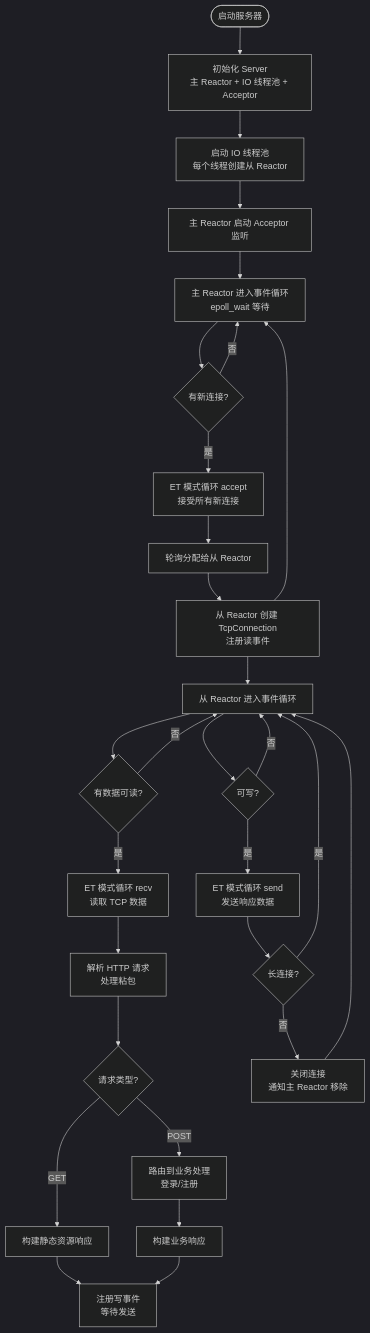
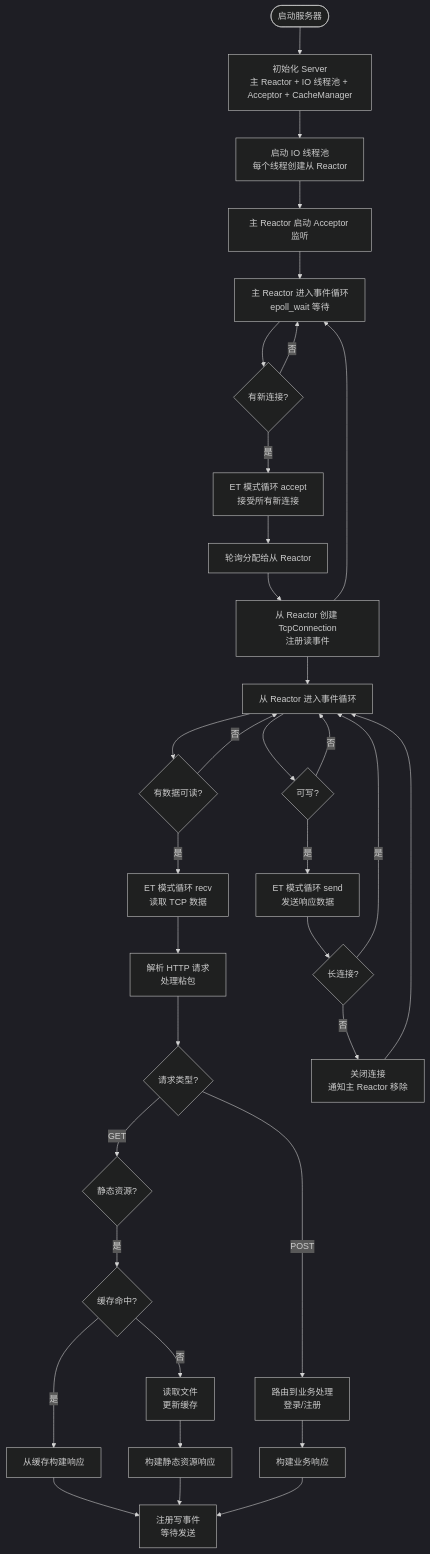
The diagram in README.md (Linsdfe/WebServer-Reactor), drawn with Mermaid (dark theme) before and after one commit. The commit also changed other lines of this file and 3 other files, not shown here.

Commit message:
Optimize the exclusive lock of the cache module into a read-write lock

````diff
--- a/README.md
+++ b/README.md
@@ -128,36 +135,41 @@
 ```mermaid
 flowchart TD
-    Start([启动服务器]) --> Init[初始化 Server<br/>主 Reactor + IO 线程池 + Acceptor]
+    Start([启动服务器]) --> Init[初始化 Server<br/>主 Reactor + IO 线程池 + Acceptor + CacheManager]
     Init --> StartLoop[启动 IO 线程池<br/>每个线程创建从 Reactor]
     StartLoop --> Listen[主 Reactor 启动 Acceptor 监听]
     Listen --> MainLoop[主 Reactor 进入事件循环<br/>epoll_wait 等待]
     
     MainLoop --> Accept{有新连接?}
     Accept -->|是| AcceptConn[ET 模式循环 accept<br/>接受所有新连接]
     AcceptConn --> Dispatch[轮询分配给从 Reactor]
     Dispatch --> CreateConn[从 Reactor 创建 TcpConnection<br/>注册读事件]
     CreateConn --> MainLoop
     
     CreateConn --> SubLoop[从 Reactor 进入事件循环]
     SubLoop --> Read{有数据可读?}
     Read -->|是| ReadData[ET 模式循环 recv<br/>读取 TCP 数据]
     ReadData --> Parse[解析 HTTP 请求<br/>处理粘包]
     Parse --> MethodCheck{请求类型?}
-    MethodCheck -->|GET| BuildStatic[构建静态资源响应]
+    MethodCheck -->|GET| CheckCache{静态资源?}
+    CheckCache -->|是| CacheHit{缓存命中?}
+    CacheHit -->|是| BuildFromCache[从缓存构建响应]
+    CacheHit -->|否| ReadFile[读取文件<br/>更新缓存]
+    ReadFile --> BuildStatic[构建静态资源响应]
+    BuildFromCache --> Write
+    BuildStatic --> Write
     MethodCheck -->|POST| RouteBusiness[路由到业务处理<br/>登录/注册]
     RouteBusiness --> BuildDynamic[构建业务响应]
-    BuildStatic --> Write
     BuildDynamic --> Write
     Write[注册写事件<br/>等待发送]
     
     SubLoop --> WriteReady{可写?}
     WriteReady -->|是| SendData[ET 模式循环 send<br/>发送响应数据]
     SendData --> CheckKeepAlive{长连接?}
     CheckKeepAlive -->|否| CloseConn[关闭连接<br/>通知主 Reactor 移除]
     CheckKeepAlive -->|是| SubLoop
     CloseConn --> SubLoop
     
     Accept -->|否| MainLoop
     Read -->|否| SubLoop
     WriteReady -->|否| SubLoop
 ```
````
